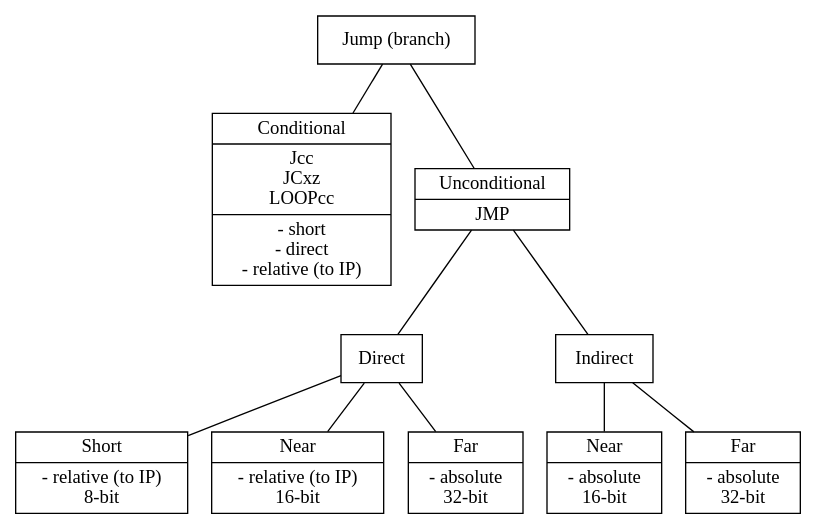
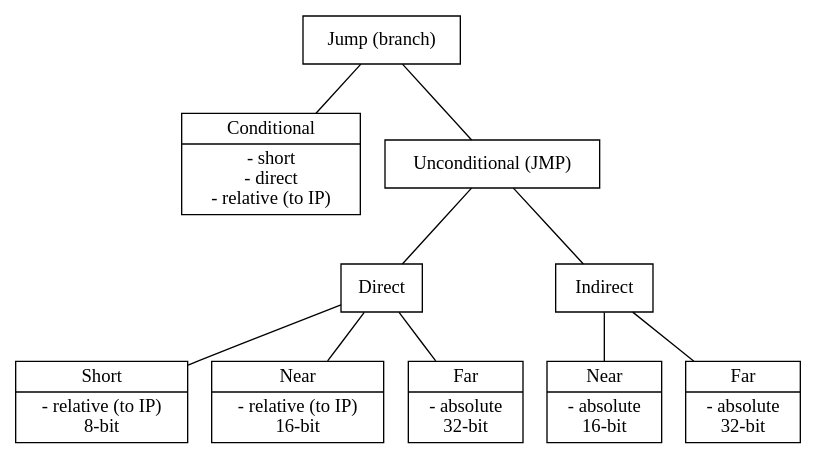
Before and after one commit to LukasWoodtli/WebPage: the diagram in pelican/content/images/intel_architecture_jump.dot, drawn with Graphviz. The commit also changed 1 other file, not shown here.

```diff
--- a/pelican/content/images/intel_architecture_jump.dot
+++ b/pelican/content/images/intel_architecture_jump.dot
@@ -1,35 +1,35 @@
 digraph DoorStates {
 
 node [shape=record];  
 edge [arrowhead=none];
 
 JUMP [label="{Jump (branch)}"];
 
-CONDITIONAL [label="{Conditional | Jcc\nJCxz\nLOOPcc\n | - short\n- direct\n - relative (to IP)}"];
-UNCONDITIONAL [label = "{Unconditional | JMP}"];
+CONDITIONAL [label="{Conditional | - short\n- direct\n - relative (to IP)}"];
+UNCONDITIONAL [label = "{Unconditional (JMP)}"];
 
 DIRECT [label = "{Direct}"];
 DIRECT_SHORT [label = "{Short | - relative (to IP)\n8-bit}"];
 DIRECT_NEAR [label = "{Near | - relative (to IP)\n16-bit}"];
 DIRECT_FAR [label = "{Far | - absolute\n32-bit}"];
 
 INDIRECT [label = "Indirect"];
 INDIRECT_NEAR [label = "{Near | - absolute\n16-bit}"];
 INDIRECT_FAR [label = "{Far | - absolute\n32-bit}"];
 
 
 JUMP           -> CONDITIONAL;
 JUMP           -> UNCONDITIONAL;
 
 UNCONDITIONAL  -> DIRECT;
 UNCONDITIONAL  -> INDIRECT;
 
 DIRECT         -> DIRECT_SHORT;
 DIRECT         -> DIRECT_NEAR;
 DIRECT         -> DIRECT_FAR;
 
 INDIRECT       -> INDIRECT_NEAR;
 INDIRECT       -> INDIRECT_FAR;
 
 
 }
```
